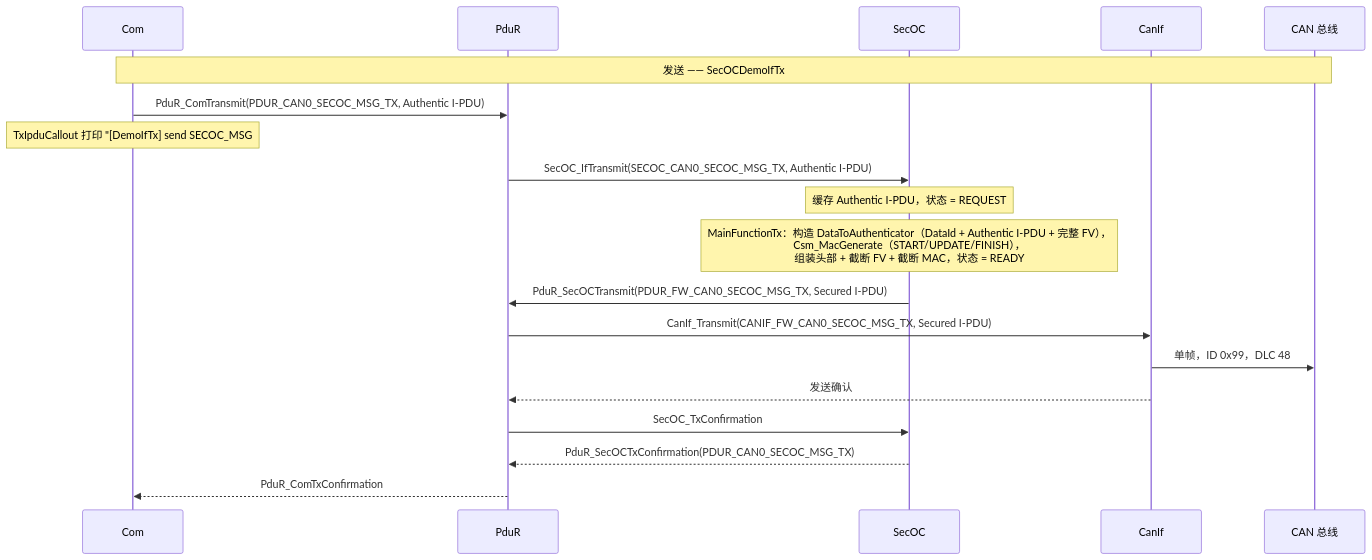
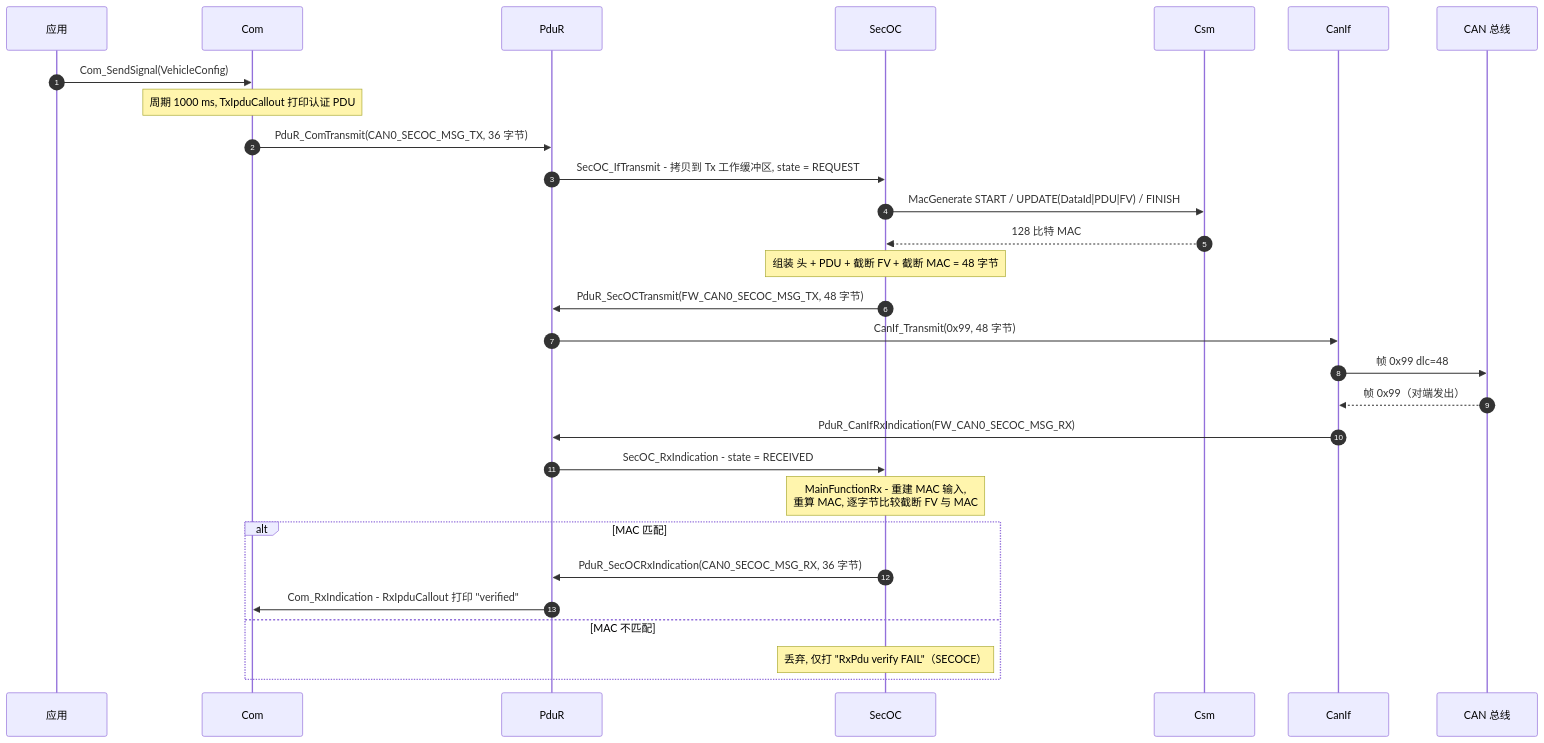
Before and after one commit to autoas/as: the seventh of 7 diagrams in doc/CN/SecOC.md, drawn with Mermaid. The commit also changed other lines of this file and 518 other files, not shown here.

````diff
--- a/doc/CN/SecOC.md
+++ b/doc/CN/SecOC.md
@@ -161,21 +296,32 @@
 ```mermaid
 sequenceDiagram
-  participant Com
-  participant PduR
-  participant SecOC
-  participant CanIf
-  participant CAN as CAN 总线
-  Note over Com,CAN: 发送 —— SecOCDemoIfTx
-  Com->>PduR: PduR_ComTransmit(PDUR_CAN0_SECOC_MSG_TX, Authentic I-PDU)
-  Note over Com: TxIpduCallout 打印 "[DemoIfTx] send SECOC_MSG #n"
-  PduR->>SecOC: SecOC_IfTransmit(SECOC_CAN0_SECOC_MSG_TX, Authentic I-PDU)
-  Note over SecOC: 缓存 Authentic I-PDU，状态 = REQUEST
-  Note over SecOC: MainFunctionTx：构造 DataToAuthenticator（DataId + Authentic I-PDU + 完整 FV），<br/>Csm_MacGenerate（START/UPDATE/FINISH），<br/>组装头部 + 截断 FV + 截断 MAC，状态 = READY
-  SecOC->>PduR: PduR_SecOCTransmit(PDUR_FW_CAN0_SECOC_MSG_TX, Secured I-PDU)
-  PduR->>CanIf: CanIf_Transmit(CANIF_FW_CAN0_SECOC_MSG_TX, Secured I-PDU)
-  CanIf->>CAN: 单帧，ID 0x99，DLC 48
-  CanIf-->>PduR: 发送确认
-  PduR->>SecOC: SecOC_TxConfirmation
-  SecOC-->>PduR: PduR_SecOCTxConfirmation(PDUR_CAN0_SECOC_MSG_TX)
-  PduR-->>Com: PduR_ComTxConfirmation
+    autonumber
+    participant App as 应用
+    participant Com
+    participant PduR
+    participant SecOC
+    participant Csm
+    participant CanIf
+    participant Bus as CAN 总线
+
+    App->>Com: Com_SendSignal(VehicleConfig)
+    Note over Com: 周期 1000 ms, TxIpduCallout 打印认证 PDU
+    Com->>PduR: PduR_ComTransmit(CAN0_SECOC_MSG_TX, 36 字节)
+    PduR->>SecOC: SecOC_IfTransmit - 拷贝到 Tx 工作缓冲区, state = REQUEST
+    SecOC->>Csm: MacGenerate START / UPDATE(DataId|PDU|FV) / FINISH
+    Csm-->>SecOC: 128 比特 MAC
+    Note over SecOC: 组装 头 + PDU + 截断 FV + 截断 MAC = 48 字节
+    SecOC->>PduR: PduR_SecOCTransmit(FW_CAN0_SECOC_MSG_TX, 48 字节)
+    PduR->>CanIf: CanIf_Transmit(0x99, 48 字节)
+    CanIf->>Bus: 帧 0x99 dlc=48
+    Bus-->>CanIf: 帧 0x99（对端发出）
+    CanIf->>PduR: PduR_CanIfRxIndication(FW_CAN0_SECOC_MSG_RX)
+    PduR->>SecOC: SecOC_RxIndication - state = RECEIVED
+    Note over SecOC: MainFunctionRx - 重建 MAC 输入,<br/>重算 MAC, 逐字节比较截断 FV 与 MAC
+    alt MAC 匹配
+        SecOC->>PduR: PduR_SecOCRxIndication(CAN0_SECOC_MSG_RX, 36 字节)
+        PduR->>Com: Com_RxIndication - RxIpduCallout 打印 "verified"
+    else MAC 不匹配
+        Note over SecOC: 丢弃, 仅打 "RxPdu verify FAIL"（SECOCE）
+    end
 ```
````
